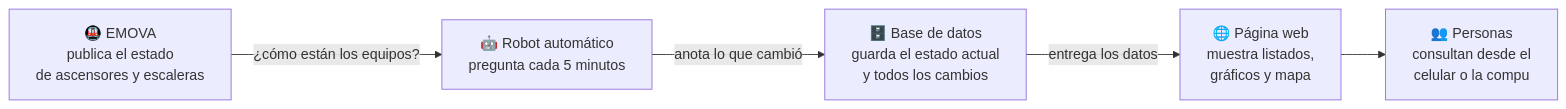
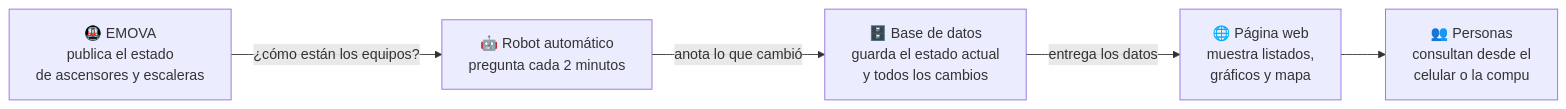
One commit to juanfere/accesibilidad_subte changed the first of 6 diagrams in README_no_tecnico.md. Above: the diagram before and after it, drawn with Mermaid. The commit also changed other lines of this file and 1 other file, not shown here.

````diff
--- a/README_no_tecnico.md
+++ b/README_no_tecnico.md
@@ -32,13 +32,13 @@
 ```mermaid
 flowchart LR
     A["🚇 EMOVA<br/>publica el estado<br/>de ascensores y escaleras"]
-    B["🤖 Robot automático<br/>pregunta cada 5 minutos"]
+    B["🤖 Robot automático<br/>pregunta cada 2 minutos"]
     C["🗄️ Base de datos<br/>guarda el estado actual<br/>y todos los cambios"]
     D["🌐 Página web<br/>muestra listados,<br/>gráficos y mapa"]
     E["👥 Personas<br/>consultan desde el<br/>celular o la compu"]
 
     A -- "¿cómo están los equipos?" --> B
     B -- "anota lo que cambió" --> C
     C -- "entrega los datos" --> D
     D --> E
 ```
````
